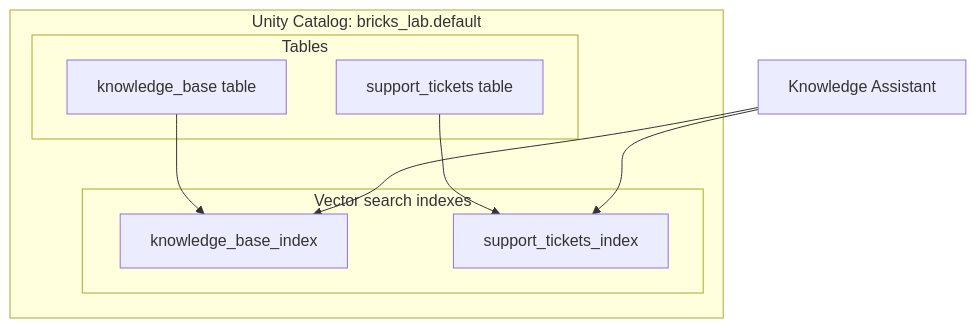
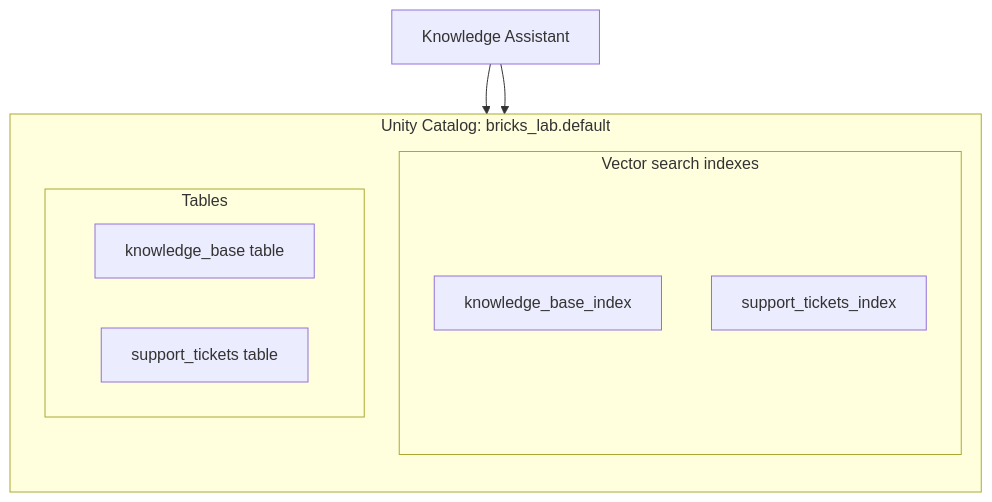
The first of 3 diagrams in README.md (dbagentworkshop/dbagentworkshop), drawn with Mermaid before and after one commit. The commit also changed other lines of this file, not shown here.

Commit message:
fix mermaid graphs

````diff
--- a/README.md
+++ b/README.md
@@ -77,18 +77,17 @@
 ```mermaid
 flowchart TB
   ka_agent[Knowledge Assistant]
   subgraph uc_ka ["Unity Catalog: bricks_lab.default"]
+    direction TB
     subgraph uc_ka_idx ["Vector search indexes"]
       kb_index[knowledge_base_index]
       st_index[support_tickets_index]
     end
     subgraph uc_ka_tbl ["Tables"]
       kb_table[knowledge_base table]
       st_table[support_tickets table]
     end
-    kb_table --> kb_index
-    st_table --> st_index
   end
   ka_agent --> kb_index
   ka_agent --> st_index
 ```
````
